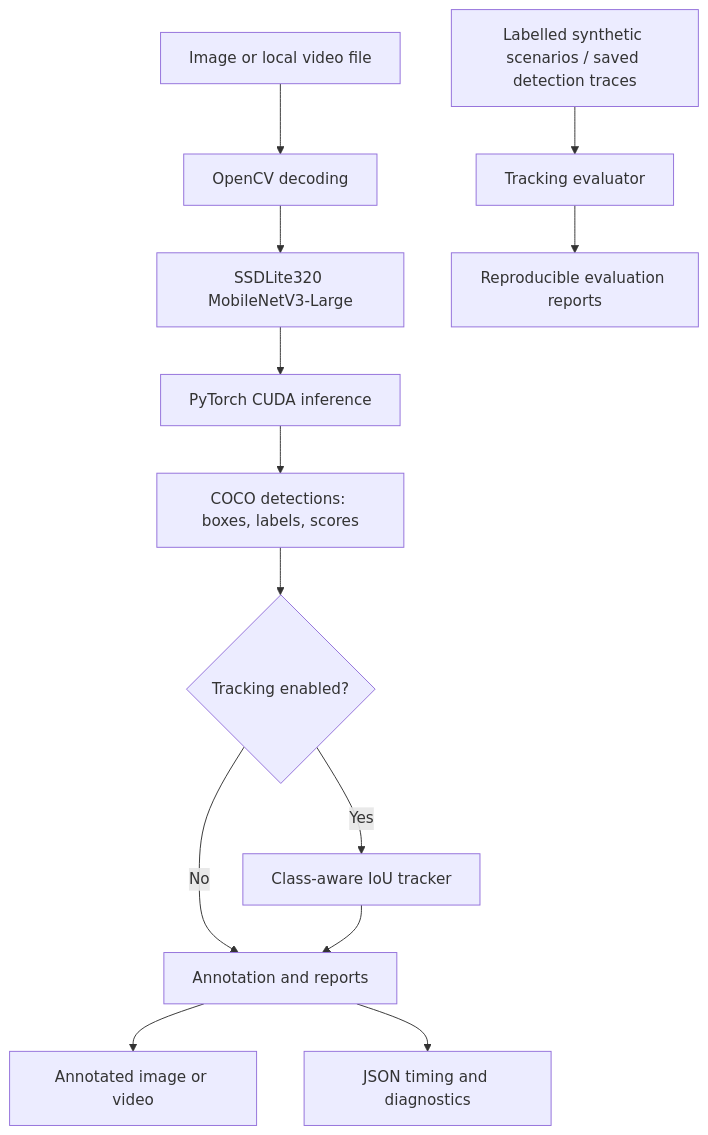
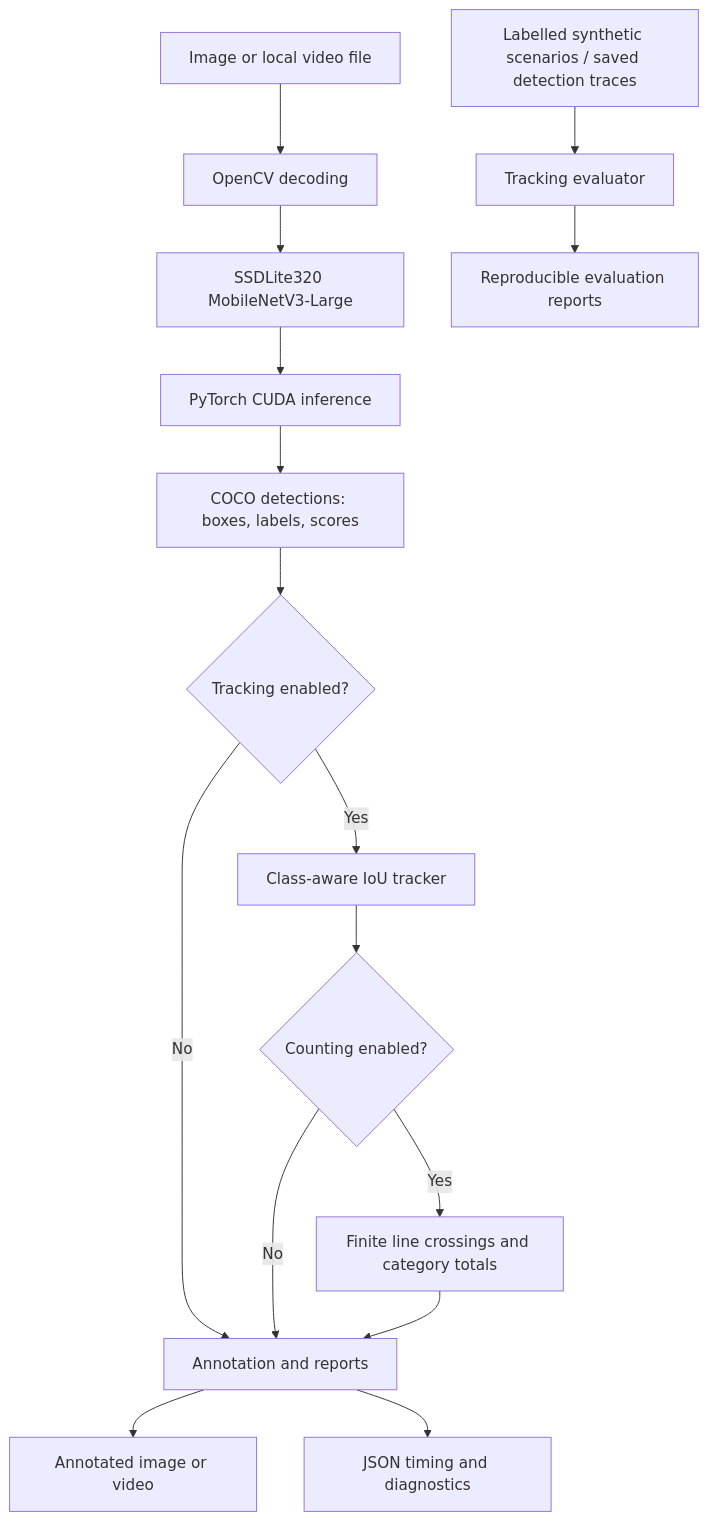
One commit to MtshaliM11/jetson-edge-vision changed the diagram in README.md. Above: the diagram before and after it, drawn with Mermaid. The commit also changed other lines of this file and 8 other files, not shown here.

Commit message:
feat: implement multi-object line crossing and counting

````diff
--- a/README.md
+++ b/README.md
@@ -62,15 +64,18 @@
 ```mermaid
 flowchart TD
     A[Image or local video file] --> B[OpenCV decoding]
     B --> C[SSDLite320 MobileNetV3-Large]
     C --> D[PyTorch CUDA inference]
     D --> E[COCO detections: boxes, labels, scores]
     E --> F{Tracking enabled?}
     F -->|Yes| G[Class-aware IoU tracker]
     F -->|No| H[Annotation and reports]
-    G --> H
+    G --> N{Counting enabled?}
+    N -->|Yes| O[Finite line crossings and category totals]
+    N -->|No| H
+    O --> H
     H --> I[Annotated image or video]
     H --> J[JSON timing and diagnostics]
     K[Labelled synthetic scenarios / saved detection traces] --> L[Tracking evaluator]
     L --> M[Reproducible evaluation reports]
 ```
````
